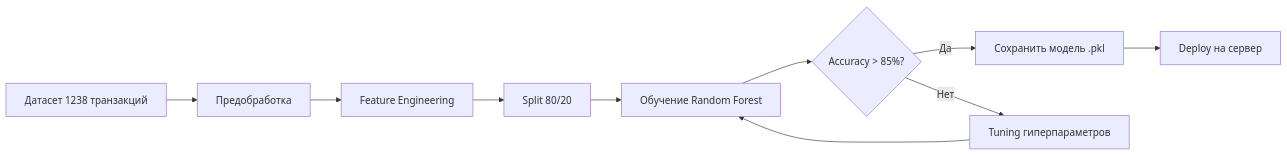
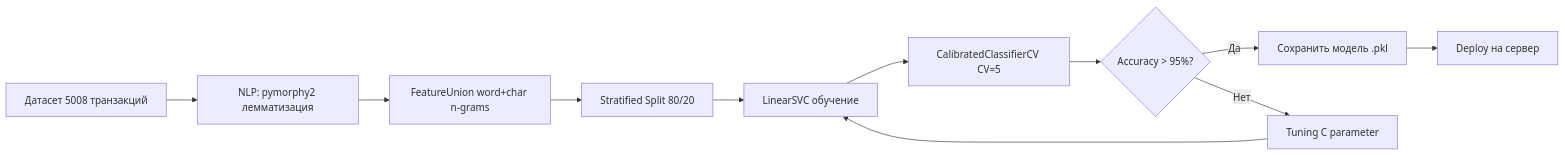
One commit to LiebeBleck/FinWise_v2 changed the eighth of 14 diagrams in README.md. Above: the diagram before and after it, drawn with Mermaid. The commit also changed other lines of this file, not shown here.

Commit message:
Update docs: LinearSVC 98.50%, dataset 5008, ML v1.1 complete

````diff
--- a/README.md
+++ b/README.md
@@ -483,12 +489,13 @@
 ```mermaid
 flowchart LR
-    A[Датасет 1238 транзакций] --> B[Предобработка]
-    B --> C[Feature Engineering]
-    C --> D[Split 80/20]
-    D --> E[Обучение Random Forest]
-    E --> F{Accuracy > 85%?}
-    F -->|Да| G[Сохранить модель .pkl]
-    F -->|Нет| H[Tuning гиперпараметров]
-    H --> E
-    G --> I[Deploy на сервер]
+    A[Датасет 5008 транзакций] --> B[NLP: pymorphy2 лемматизация]
+    B --> C[FeatureUnion word+char n-grams]
+    C --> D[Stratified Split 80/20]
+    D --> E[LinearSVC обучение]
+    E --> F[CalibratedClassifierCV CV=5]
+    F --> G{Accuracy > 95%?}
+    G -->|Да| H[Сохранить модель .pkl]
+    G -->|Нет| I[Tuning C parameter]
+    I --> E
+    H --> J[Deploy на сервер]
 ```
````
